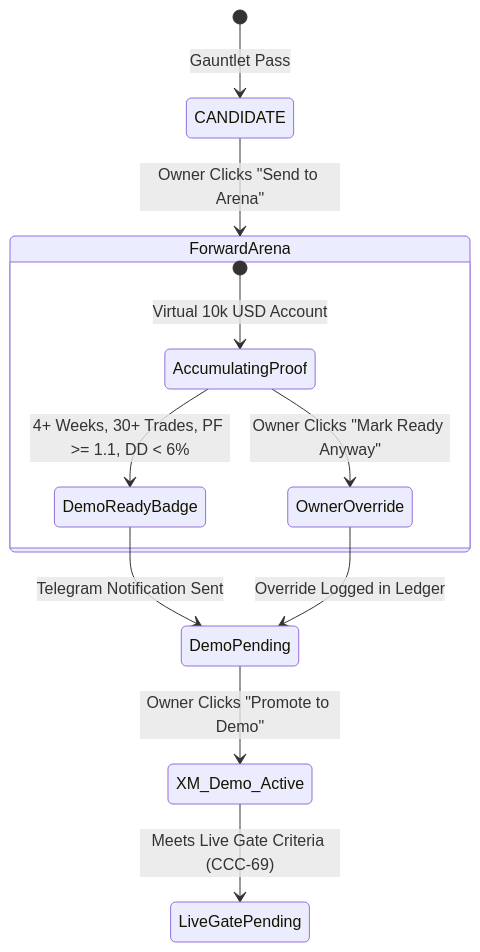
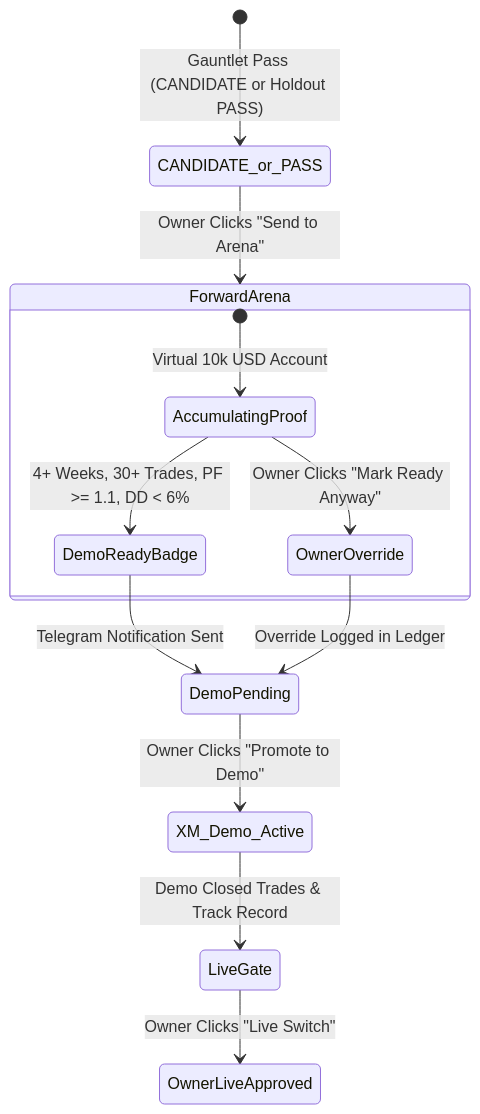
Before and after one commit to marknatdev/fxcommand: the second of 5 diagrams in docs/design/order-side.md, drawn with Mermaid. The commit also changed other lines of this file, not shown here.

````diff
--- a/docs/design/order-side.md
+++ b/docs/design/order-side.md
@@ -130,17 +141,18 @@
 ```mermaid
 stateDiagram-v2
-    [*] --> CANDIDATE: Gauntlet Pass
-    CANDIDATE --> ForwardArena: Owner Clicks "Send to Arena"
+    [*] --> CANDIDATE_or_PASS: Gauntlet Pass (CANDIDATE or Holdout PASS)
+    CANDIDATE_or_PASS --> ForwardArena: Owner Clicks "Send to Arena"
     
     state ForwardArena {
         [*] --> AccumulatingProof: Virtual 10k USD Account
         AccumulatingProof --> DemoReadyBadge: 4+ Weeks, 30+ Trades, PF >= 1.1, DD < 6%
         AccumulatingProof --> OwnerOverride: Owner Clicks "Mark Ready Anyway"
     }
 
     DemoReadyBadge --> DemoPending: Telegram Notification Sent
     OwnerOverride --> DemoPending: Override Logged in Ledger
 
     DemoPending --> XM_Demo_Active: Owner Clicks "Promote to Demo"
-    XM_Demo_Active --> LiveGatePending: Meets Live Gate Criteria (CCC-69)
+    XM_Demo_Active --> LiveGate: Demo Closed Trades & Track Record
+    LiveGate --> OwnerLiveApproved: Owner Clicks "Live Switch"
 ```
````
